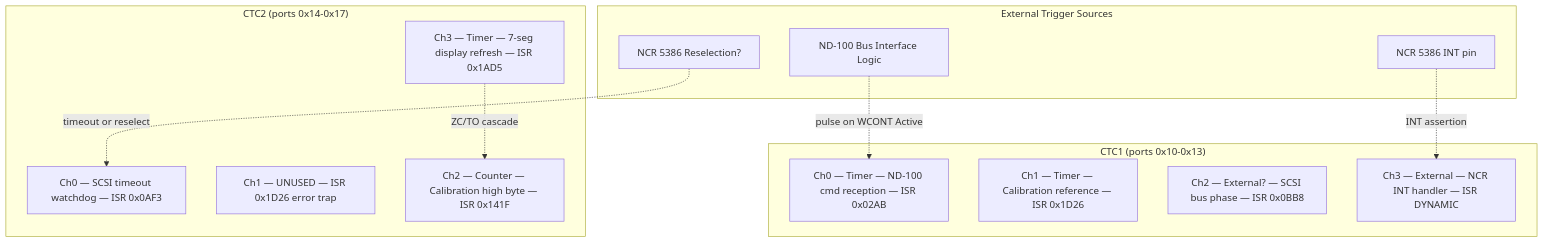
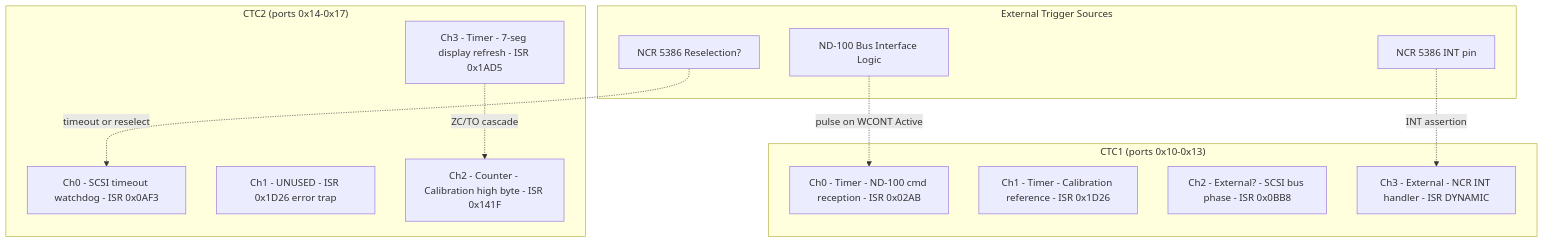
Before and after one commit to HackerCorpLabs/NDInsight: the sixth of 13 diagrams in SINTRAN/Devices/SCSI/nd-scsi-3201.md, drawn with Mermaid. The commit also changed other lines of this file and 1931 other files, not shown here.

Commit message:
Merge xmsg-protocol-docs-and-library: XMSG protocol docs + C# library, SINTRAN carving (linker/octobus/SCSI), ND-500/ND-5000 analysis, Reference-Manuals markdown import

````diff
--- a/SINTRAN/Devices/SCSI/nd-scsi-3201.md
+++ b/SINTRAN/Devices/SCSI/nd-scsi-3201.md
@@ -1086,27 +1326,27 @@
 ```mermaid
 flowchart TB
     subgraph CTC1["CTC1 (ports 0x10-0x13)"]
-        C1C0["Ch0 — Timer — ND-100 cmd reception — ISR 0x02AB"]
-        C1C1["Ch1 — Timer — Calibration reference — ISR 0x1D26"]
-        C1C2["Ch2 — External? — SCSI bus phase — ISR 0x0BB8"]
-        C1C3["Ch3 — External — NCR INT handler — ISR DYNAMIC"]
+        C1C0["Ch0 - Timer - ND-100 cmd reception - ISR 0x02AB"]
+        C1C1["Ch1 - Timer - Calibration reference - ISR 0x1D26"]
+        C1C2["Ch2 - External? - SCSI bus phase - ISR 0x0BB8"]
+        C1C3["Ch3 - External - NCR INT handler - ISR DYNAMIC"]
     end
 
     subgraph CTC2["CTC2 (ports 0x14-0x17)"]
-        C2C0["Ch0 — SCSI timeout watchdog — ISR 0x0AF3"]
-        C2C1["Ch1 — UNUSED — ISR 0x1D26 error trap"]
-        C2C2["Ch2 — Counter — Calibration high byte — ISR 0x141F"]
-        C2C3["Ch3 — Timer — 7-seg display refresh — ISR 0x1AD5"]
+        C2C0["Ch0 - SCSI timeout watchdog - ISR 0x0AF3"]
+        C2C1["Ch1 - UNUSED - ISR 0x1D26 error trap"]
+        C2C2["Ch2 - Counter - Calibration high byte - ISR 0x141F"]
+        C2C3["Ch3 - Timer - 7-seg display refresh - ISR 0x1AD5"]
     end
 
     subgraph Triggers["External Trigger Sources"]
         NDBUS["ND-100 Bus Interface Logic"]
         NCRINT["NCR 5386 INT pin"]
         NCRSEL["NCR 5386 Reselection?"]
     end
 
     NDBUS -.->|pulse on WCONT Active| C1C0
     NCRINT -.->|INT assertion| C1C3
     NCRSEL -.->|timeout or reselect| C2C0
     C2C3 -.->|ZC/TO cascade| C2C2
 ```
````
